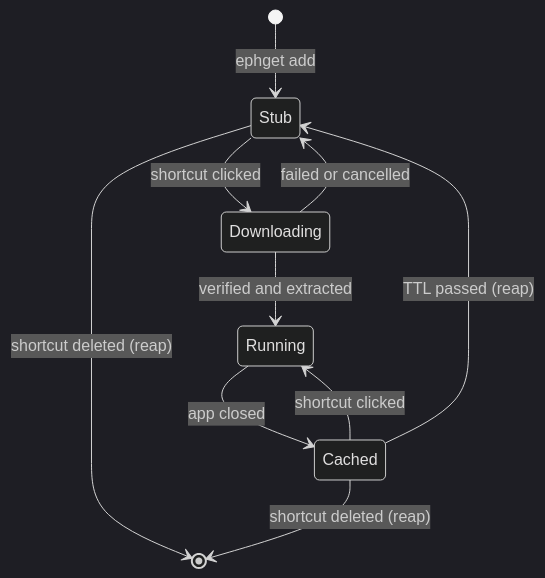
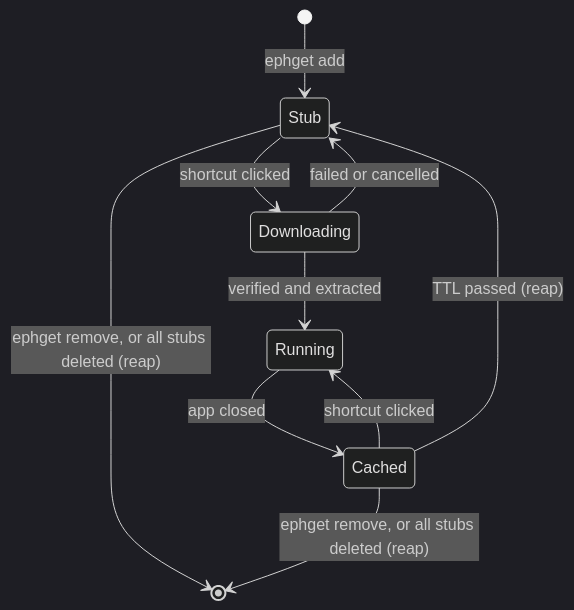
The first of 2 diagrams in ephget — Software Specification.md (Dryd33n/ephget), drawn with Mermaid (dark theme) before and after one commit. The commit also changed other lines of this file and 14 other files, not shown here.

````diff
--- a/ephget — Software Specification.md
+++ b/ephget — Software Specification.md
@@ -99,12 +100,12 @@
 ```mermaid
 stateDiagram-v2
     [*] --> Stub: ephget add
     Stub --> Downloading: shortcut clicked
     Downloading --> Stub: failed or cancelled
     Downloading --> Running: verified and extracted
     Running --> Cached: app closed
     Cached --> Running: shortcut clicked
     Cached --> Stub: TTL passed (reap)
-    Stub --> [*]: shortcut deleted (reap)
-    Cached --> [*]: shortcut deleted (reap)
+    Stub --> [*]: ephget remove, or all stubs deleted (reap)
+    Cached --> [*]: ephget remove, or all stubs deleted (reap)
 ```
````
